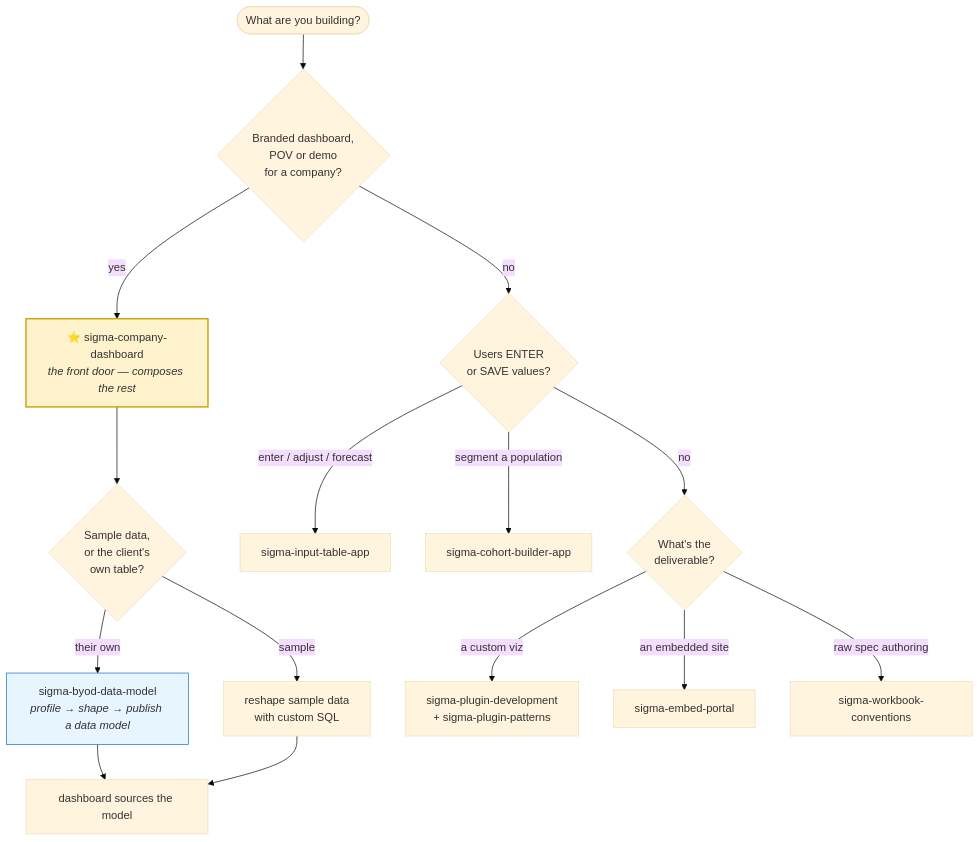
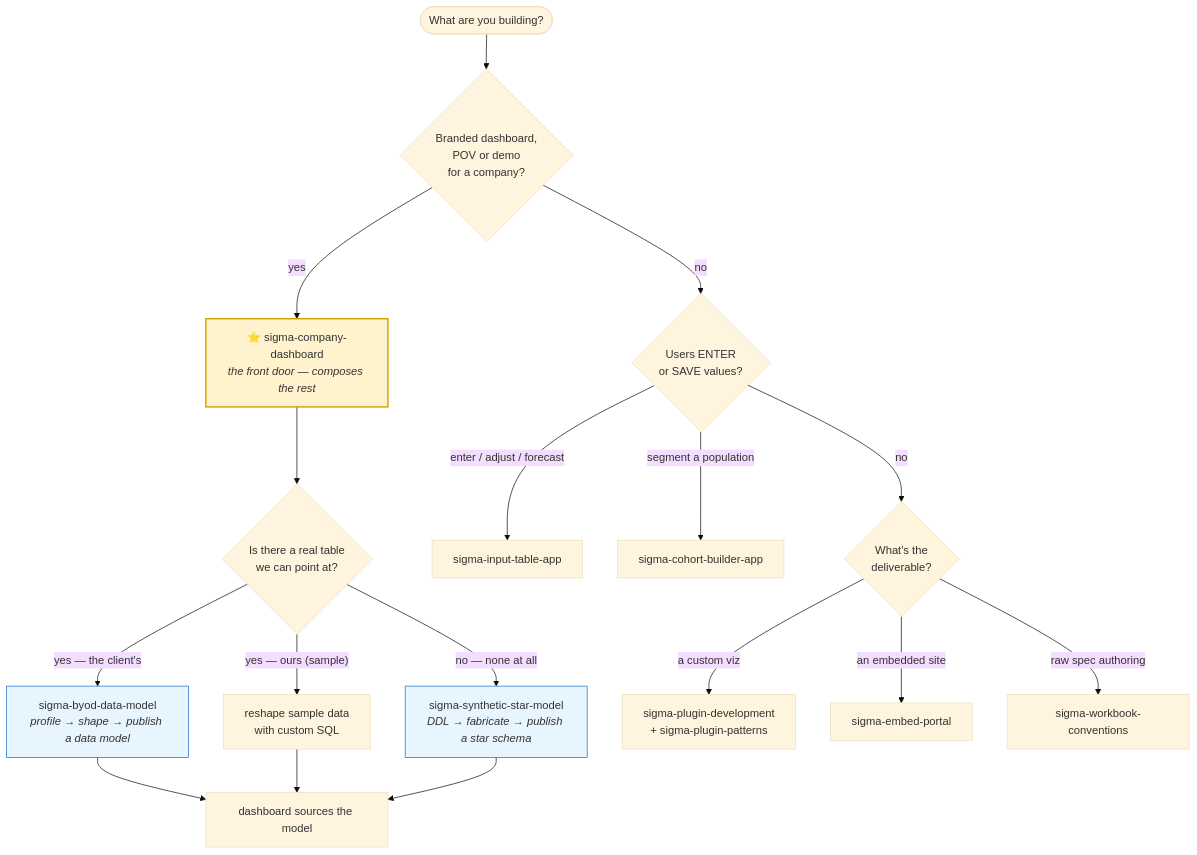
Before and after one commit to jeffreykortis-hash/customdemo: the first of 5 diagrams in README.md, drawn with Mermaid (base theme). The commit also changed other lines of this file and 7 other files, not shown here.

First line of the commit message:
Add sigma-synthetic-star-model: the third data-sourcing option (v0.14.0)

````diff
--- a/README.md
+++ b/README.md
@@ -17,24 +17,27 @@
 ```mermaid
 flowchart TD
     Start([What are you building?]) --> Q1{Branded dashboard,<br/>POV or demo<br/>for a company?}
 
     Q1 -->|yes| FD["⭐ sigma-company-dashboard<br/><i>the front door — composes the rest</i>"]
     Q1 -->|no| Q2{Users ENTER<br/>or SAVE values?}
 
-    FD --> Q3{Sample data,<br/>or the client's<br/>own table?}
-    Q3 -->|their own| BYOD["sigma-byod-data-model<br/><i>profile → shape → publish a data model</i>"]
-    Q3 -->|sample| RESHAPE[reshape sample data<br/>with custom SQL]
+    FD --> Q3{"Is there a real table<br/>we can point at?"}
+    Q3 -->|"yes — the client's"| BYOD["sigma-byod-data-model<br/><i>profile → shape → publish a data model</i>"]
+    Q3 -->|"yes — ours (sample)"| RESHAPE[reshape sample data<br/>with custom SQL]
+    Q3 -->|"no — none at all"| SYN["sigma-synthetic-star-model<br/><i>DDL → fabricate → publish a star schema</i>"]
     BYOD --> FD2[dashboard sources the model]
     RESHAPE --> FD2
+    SYN --> FD2
 
     Q2 -->|"enter / adjust / forecast"| ITA[sigma-input-table-app]
     Q2 -->|"segment a population"| CBA[sigma-cohort-builder-app]
     Q2 -->|no| Q4{What's the<br/>deliverable?}
 
     Q4 -->|a custom viz| PLG["sigma-plugin-development<br/>+ sigma-plugin-patterns"]
     Q4 -->|an embedded site| EMB[sigma-embed-portal]
     Q4 -->|"raw spec authoring"| CONV[sigma-workbook-conventions]
 
     style FD fill:#fff3cd,stroke:#d39e00,stroke-width:2px
     style BYOD fill:#e7f5ff,stroke:#1971c2
+    style SYN fill:#e7f5ff,stroke:#1971c2
 ```
````
